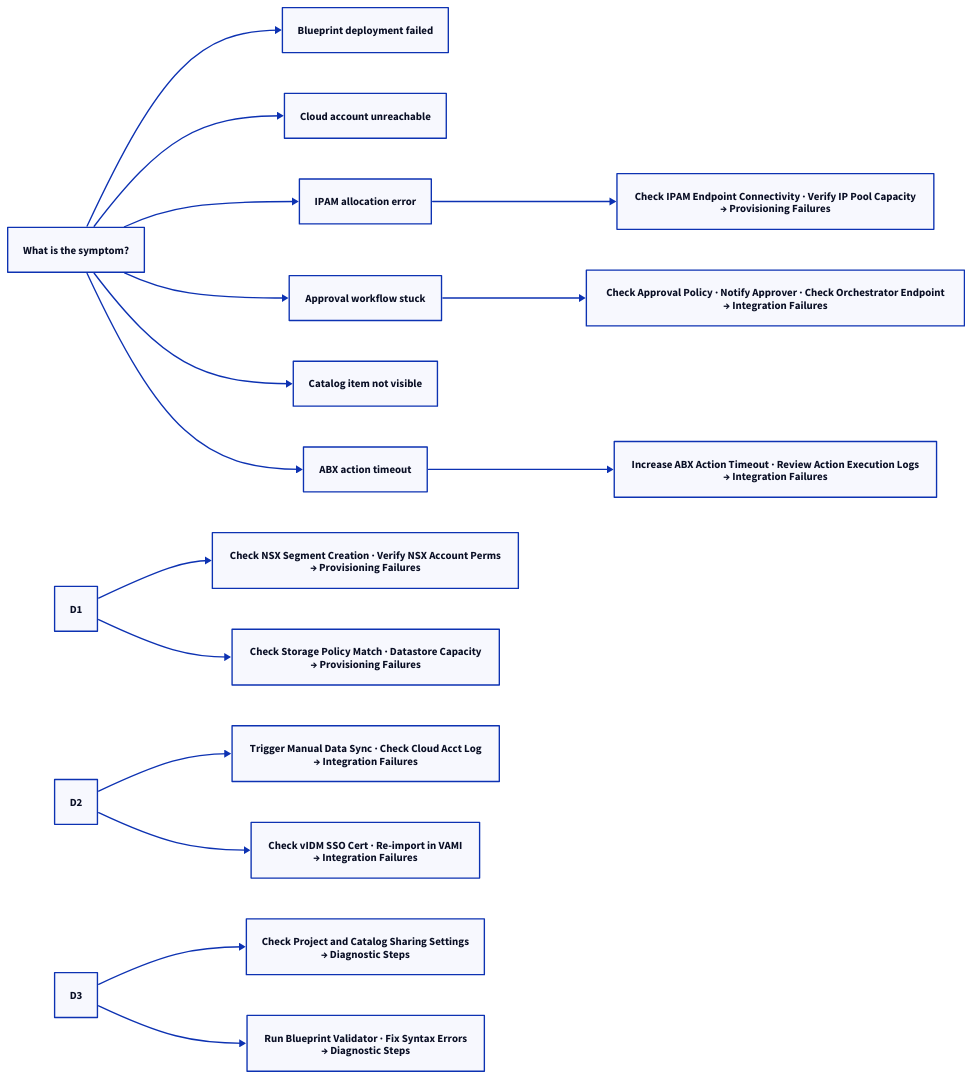
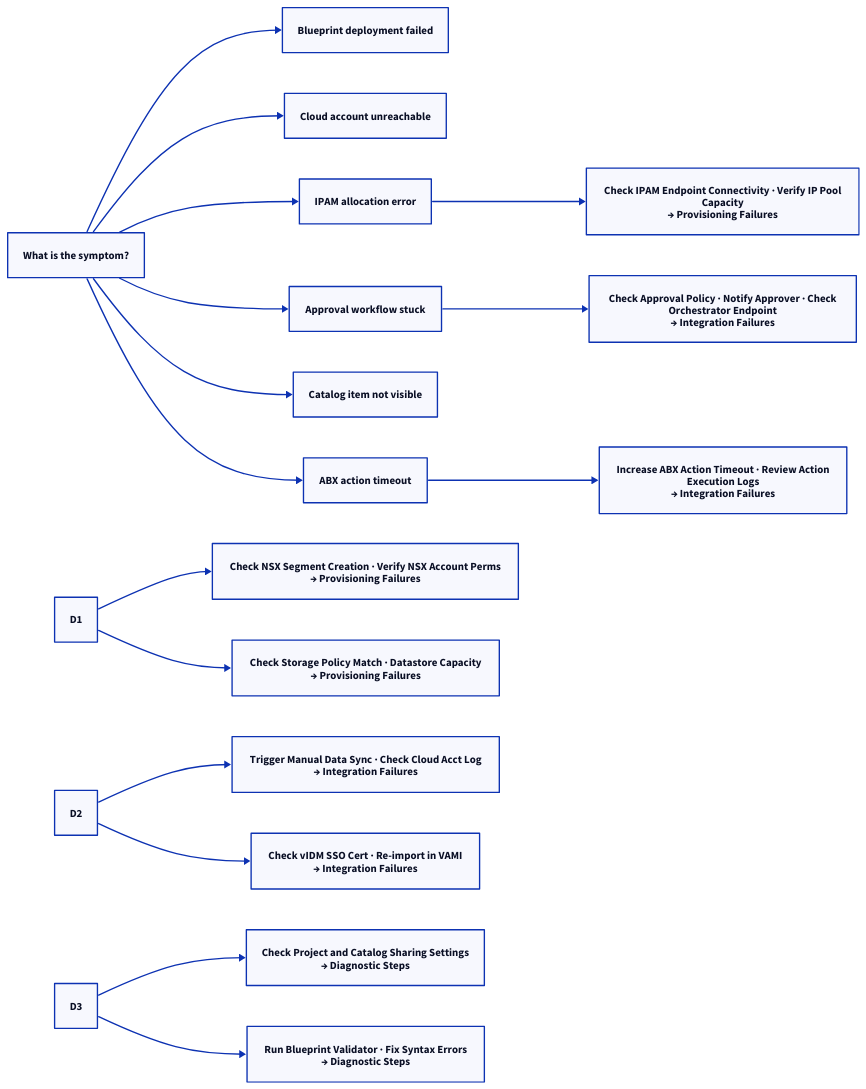
The second of 2 diagrams in docs/virtualization/vmware/aria-automation/troubleshooting/common-issues.md (canast01/chris-kb), drawn with D2 before and after one commit. The commit also changed 192 other files, not shown here.

````diff
--- a/docs/virtualization/vmware/aria-automation/troubleshooting/common-issues.md
+++ b/docs/virtualization/vmware/aria-automation/troubleshooting/common-issues.md
@@ -135,39 +135,39 @@
 ```d2
 direction: right
 
 S: "What is the symptom?" {shape: rectangle}
 B1: "Blueprint deployment failed" {shape: rectangle}
 B2: "Cloud account unreachable" {shape: rectangle}
 B3: "IPAM allocation error" {shape: rectangle}
 B4: "Approval workflow stuck" {shape: rectangle}
 B5: "Catalog item not visible" {shape: rectangle}
 B6: "ABX action timeout" {shape: rectangle}
 D1: "D1" {shape: rectangle}
 R1: "Check NSX Segment Creation · Verify NSX Account Perms\n→ Provisioning Failures" {shape: rectangle}
 R2: "Check Storage Policy Match · Datastore Capacity\n→ Provisioning Failures" {shape: rectangle}
 D2: "D2" {shape: rectangle}
 R3: "Trigger Manual Data Sync · Check Cloud Acct Log\n→ Integration Failures" {shape: rectangle}
 R4: "Check vIDM SSO Cert · Re-import in VAMI\n→ Integration Failures" {shape: rectangle}
-R5: "Check IPAM Endpoint Connectivity · Verify IP Pool Capacity\n→ Provisioning Failures" {shape: rectangle}
-R6: "Check Approval Policy · Notify Approver · Check Orchestrator Endpoint\n→ Integration Failures" {shape: rectangle}
+R5: "Check IPAM Endpoint Connectivity · Verify IP Pool\nCapacity\n→ Provisioning Failures" {shape: rectangle}
+R6: "Check Approval Policy · Notify Approver · Check\nOrchestrator Endpoint\n→ Integration Failures" {shape: rectangle}
 D3: "D3" {shape: rectangle}
 R7: "Check Project and Catalog Sharing Settings\n→ Diagnostic Steps" {shape: rectangle}
 R8: "Run Blueprint Validator · Fix Syntax Errors\n→ Diagnostic Steps" {shape: rectangle}
-R9: "Increase ABX Action Timeout · Review Action Execution Logs\n→ Integration Failures" {shape: rectangle}
+R9: "Increase ABX Action Timeout · Review Action\nExecution Logs\n→ Integration Failures" {shape: rectangle}
 
 S -> B1
 S -> B2
 S -> B3
 S -> B4
 S -> B5
 S -> B6
 D1 -> R1
 D1 -> R2
 D2 -> R3
 D2 -> R4
 B3 -> R5
 B4 -> R6
 D3 -> R7
 D3 -> R8
 B6 -> R9
 ```
````
